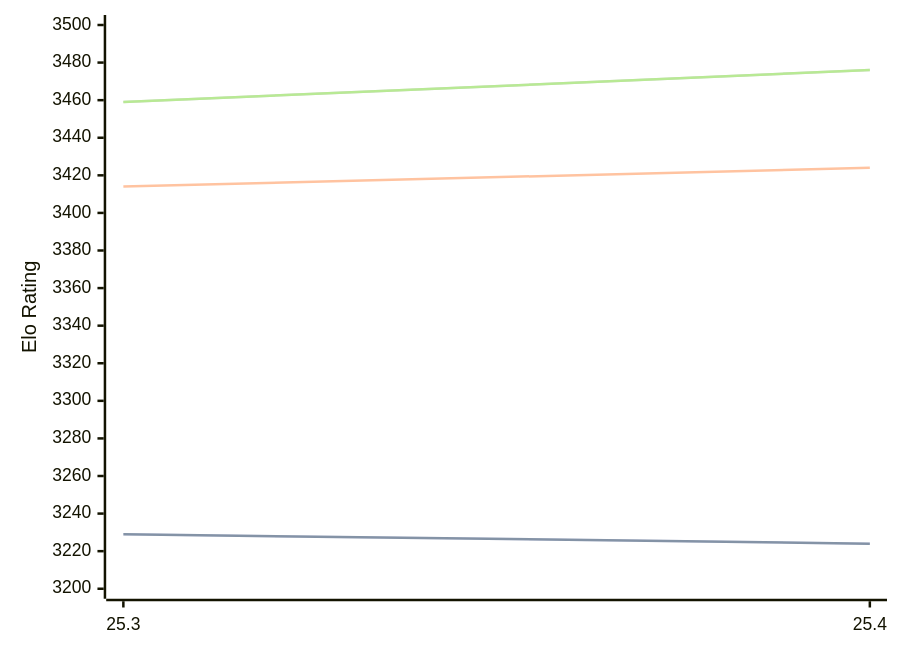
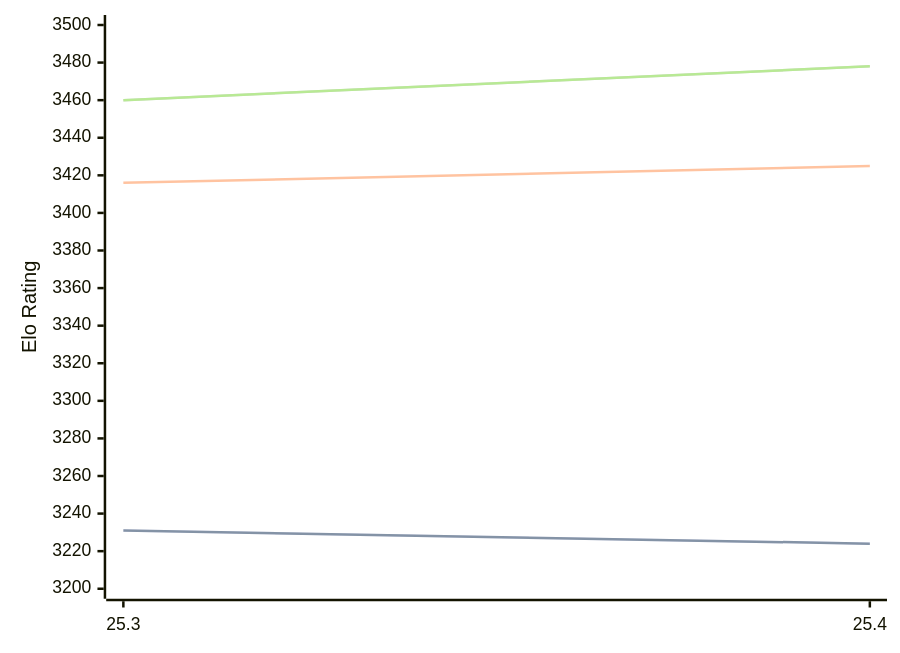
The third of 3 diagrams in engines/Arasan.md (computer-chess-index/cci), drawn with Mermaid before and after one commit. The commit also changed other lines of this file, not shown here.

Commit message:
Update CCI Ratings (ELO VLTC) - 2026-06-30

````diff
--- a/engines/Arasan.md
+++ b/engines/Arasan.md
@@ -66,11 +66,11 @@
 ```mermaid
 %%{init: {"theme":"base","themeVariables":{"seriesColors:['#a3a3a3','#222221','#faa371']}}}%%
 xychart-beta
   x-axis ["25.3", "25.4"]
   y-axis "Elo Rating" 3200 --> 3500
-  line "STC (8.0+0.08s)" [3229, 3224]
-  line "STC (8.0+0.08s)" [3229, 3224]
-  line "LTC (60.0+0.60s)" [3414, 3424]
-  line "VLTC (2m24s+1.12s)" [3459, 3476]
-  line "VLTC (2m24s+1.12s)" [3459, 3476]
+  line "STC (8.0+0.08s)" [3231, 3224]
+  line "STC (8.0+0.08s)" [3231, 3224]
+  line "LTC (60.0+0.60s)" [3416, 3425]
+  line "VLTC (2m24s+1.12s)" [3460, 3478]
+  line "VLTC (2m24s+1.12s)" [3460, 3478]
 ```
````
